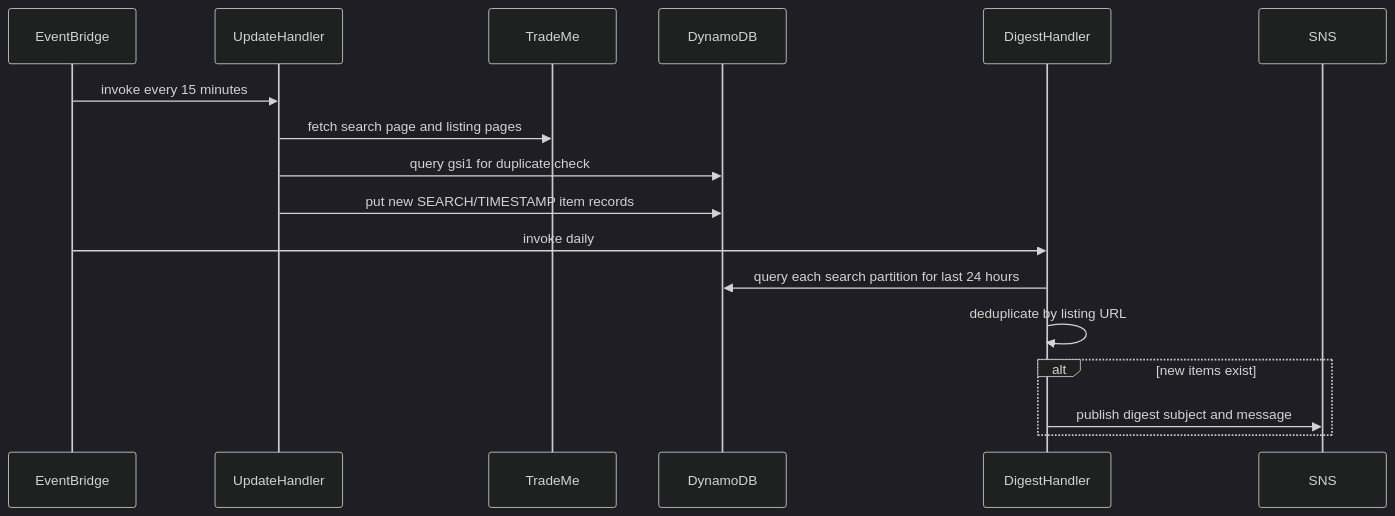
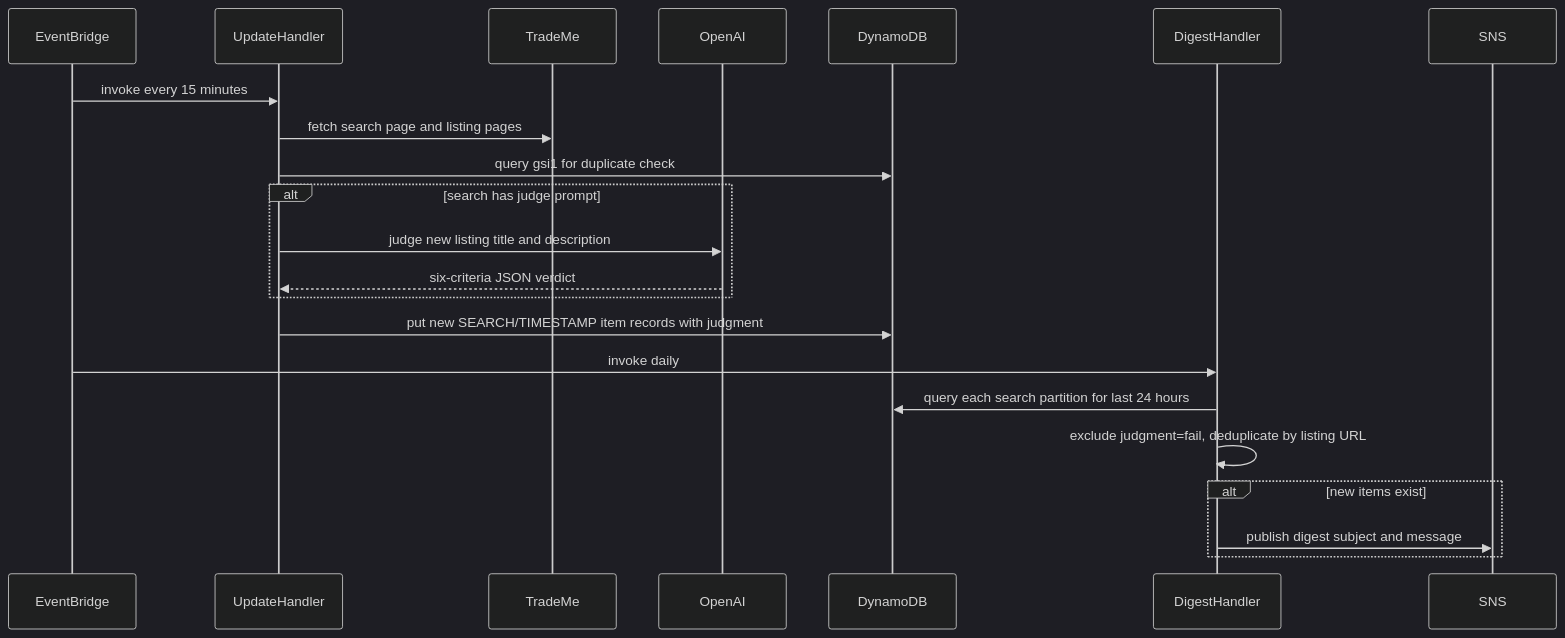
The second of 2 diagrams in auction_tracker_api/README.md (jordansimsmith/jordansimsmith-com), drawn with Mermaid (dark theme) before and after one commit. The commit also changed other lines of this file and 26 other files, not shown here.

````diff
--- a/auction_tracker_api/README.md
+++ b/auction_tracker_api/README.md
@@ -55,20 +61,25 @@
 ```mermaid
 sequenceDiagram
   participant EventBridge
   participant UpdateHandler
   participant TradeMe
+  participant OpenAI
   participant DynamoDB
   participant DigestHandler
   participant SNS
 
   EventBridge->>UpdateHandler: invoke every 15 minutes
   UpdateHandler->>TradeMe: fetch search page and listing pages
   UpdateHandler->>DynamoDB: query gsi1 for duplicate check
-  UpdateHandler->>DynamoDB: put new SEARCH/TIMESTAMP item records
+  alt search has judge prompt
+    UpdateHandler->>OpenAI: judge new listing title and description
+    OpenAI-->>UpdateHandler: six-criteria JSON verdict
+  end
+  UpdateHandler->>DynamoDB: put new SEARCH/TIMESTAMP item records with judgment
   EventBridge->>DigestHandler: invoke daily
   DigestHandler->>DynamoDB: query each search partition for last 24 hours
-  DigestHandler->>DigestHandler: deduplicate by listing URL
+  DigestHandler->>DigestHandler: exclude judgment=fail, deduplicate by listing URL
   alt new items exist
     DigestHandler->>SNS: publish digest subject and message
   end
 ```
````
